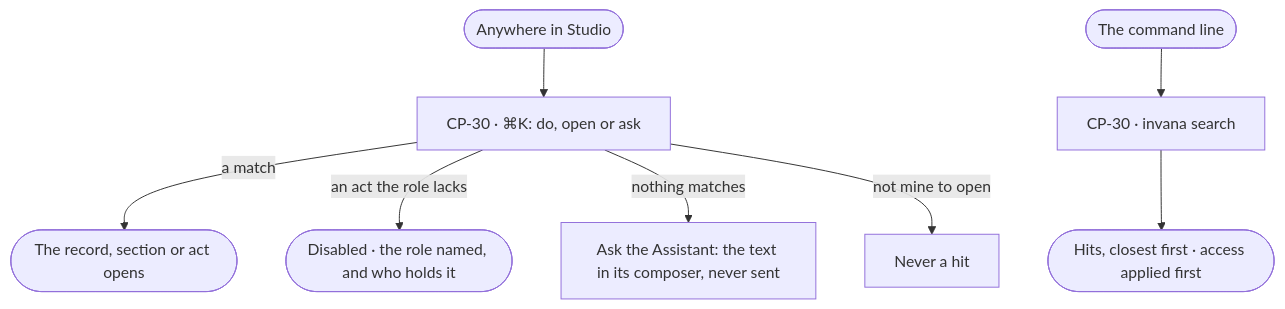
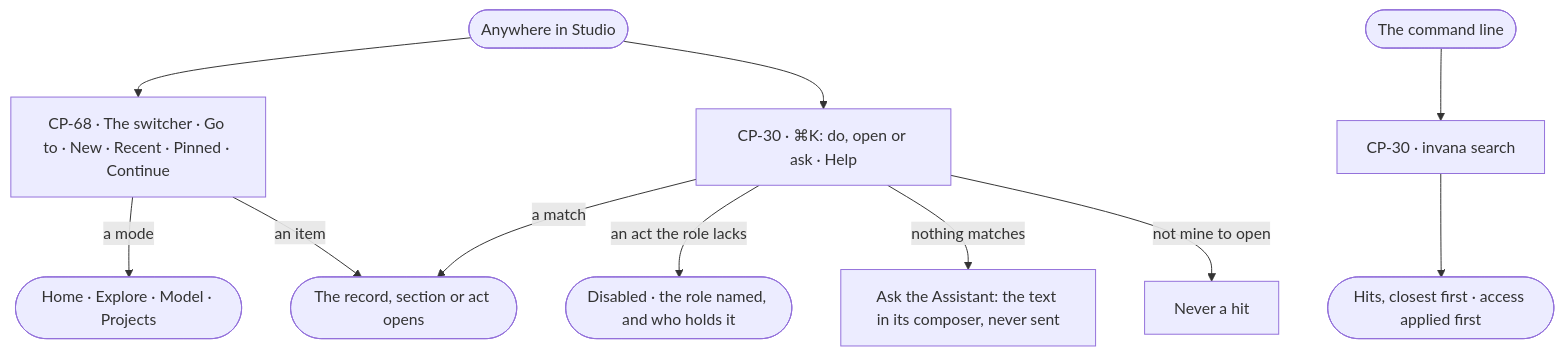
One commit to invana/invana changed the diagram in specs/os/control/features/CP-F07-find-your-way/feature.md. Above: the diagram before and after it, drawn with Mermaid. The commit also changed other lines of this file and 106 other files, not shown here.

First line of the commit message:
feat(specs): Studio layout — header dropdowns, switcher, sheets and live counts (D1–D20)

````diff
--- a/specs/os/control/features/CP-F07-find-your-way/feature.md
+++ b/specs/os/control/features/CP-F07-find-your-way/feature.md
@@ -24,10 +26,13 @@
 ```mermaid
 flowchart TD
-  s([Anywhere in Studio]) --> k["CP-30 · ⌘K: do, open or ask"]
+  s([Anywhere in Studio]) --> sw["CP-68 · The switcher · Go to · New · Recent · Pinned · Continue"]
+  sw -->|a mode| m(["Home · Explore · Model · Projects"])
+  sw -->|an item| open
+  s --> k["CP-30 · ⌘K: do, open or ask · Help"]
   k -->|a match| open(["The record, section or act opens"])
   k -->|an act the role lacks| dis(["Disabled · the role named, and who holds it"])
   k -->|nothing matches| ask["Ask the Assistant: the text in its composer, never sent"]
   k -->|not mine to open| hid["Never a hit"]
   c([The command line]) --> se["CP-30 · invana search"]
   se --> hits(["Hits, closest first · access applied first"])
 ```
````
